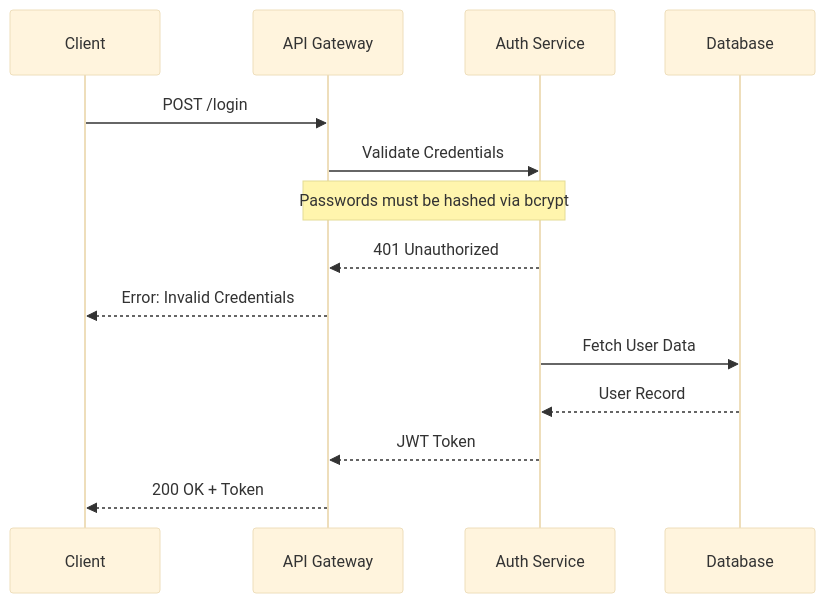
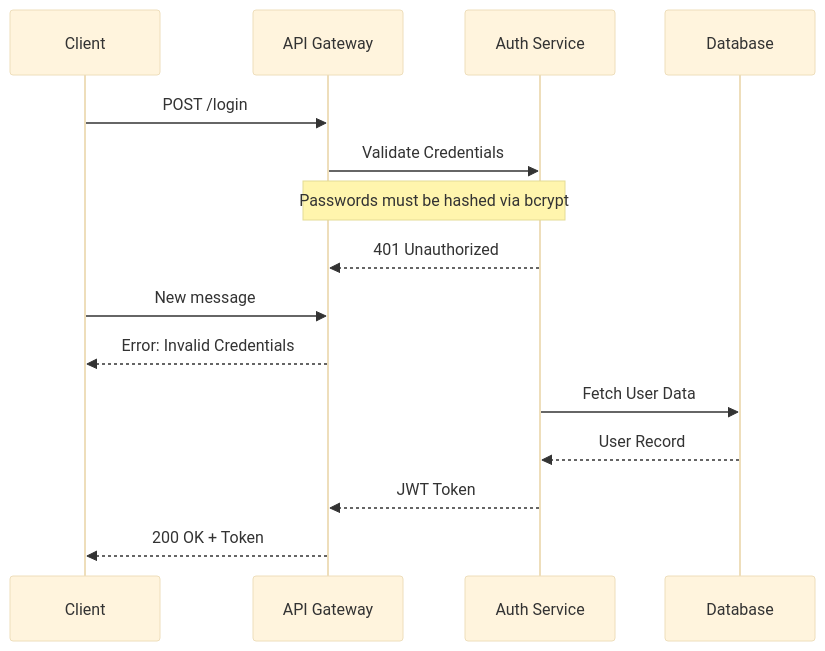
Before and after one commit to stanimirovv/foliant: the diagram in diagrams/main.mmd, drawn with Mermaid (base theme). The commit also changed 2 other files, not shown here.

```diff
--- a/diagrams/main.mmd
+++ b/diagrams/main.mmd
@@ -1,25 +1,26 @@
 %% CONFIG: {"version":1,"views":[{"name":"Happy Path","hiddenPaths":["flow=login/edge-case=invalid-password","flow=login/note"]}],"actors":{"Auth":{"color":"red","keys":["backend"]},"DB":{"color":"red","keys":["backend","database"]},"API":{"color":"blue","keys":["backend","gateway"]}}}
 sequenceDiagram
     participant C as Client
     participant API as API Gateway
     participant Auth as Auth Service
     participant DB as Database
 
     %% @region-start: flow=login
     C->>API: POST /login
     API->>Auth: Validate Credentials
     
     %% @region-start: note
     Note over API,Auth: Passwords must be hashed via bcrypt
     %% @region-end
     
     %% @region-start: edge-case=invalid-password
     Auth-->>API: 401 Unauthorized
+    C->>API: New message
     API-->>C: Error: Invalid Credentials
     %% @region-end
     
     Auth->>DB: Fetch User Data
     DB-->>Auth: User Record
     Auth-->>API: JWT Token
     API-->>C: 200 OK + Token
     %% @region-end
```
